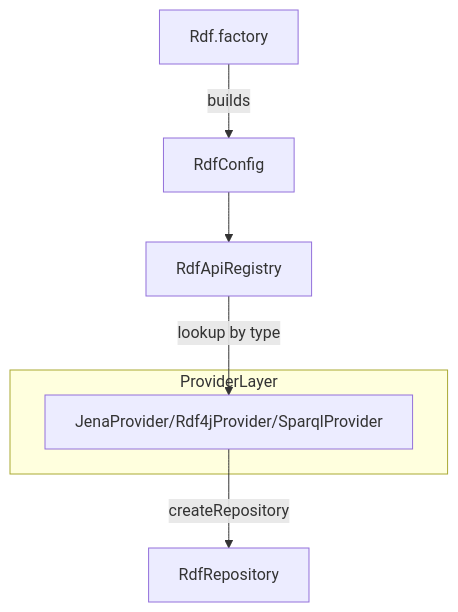
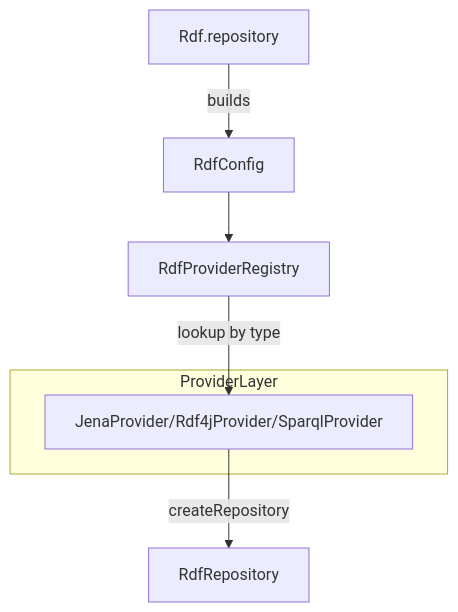
One commit to geoknoesis/kastor changed the diagram in docs/internal/rdf-provider-design.md. Above: the diagram before and after it, drawn with Mermaid. The commit also changed other lines of this file and 131 other files, not shown here.

Commit message:
Refactor RDF registry, dataset, and docs

````diff
--- a/docs/internal/rdf-provider-design.md
+++ b/docs/internal/rdf-provider-design.md
@@ -15,10 +15,10 @@
 ```mermaid
 flowchart TD
-    RdfFactory[Rdf.factory] -->|builds| RdfConfig
-    RdfConfig --> RdfApiRegistry
-    RdfApiRegistry -->|lookup by type| ProviderImpl
+    RdfFactory[Rdf.repository] -->|builds| RdfConfig
+    RdfConfig --> RdfProviderRegistry
+    RdfProviderRegistry -->|lookup by type| ProviderImpl
     ProviderImpl -->|createRepository| RdfRepository
     subgraph providerLayer [ProviderLayer]
         ProviderImpl[JenaProvider/Rdf4jProvider/SparqlProvider]
     end
 ```
````
